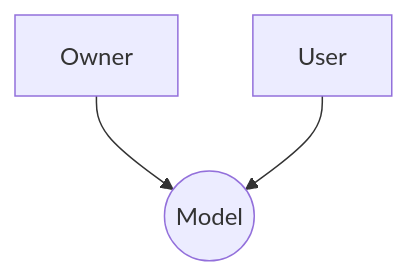
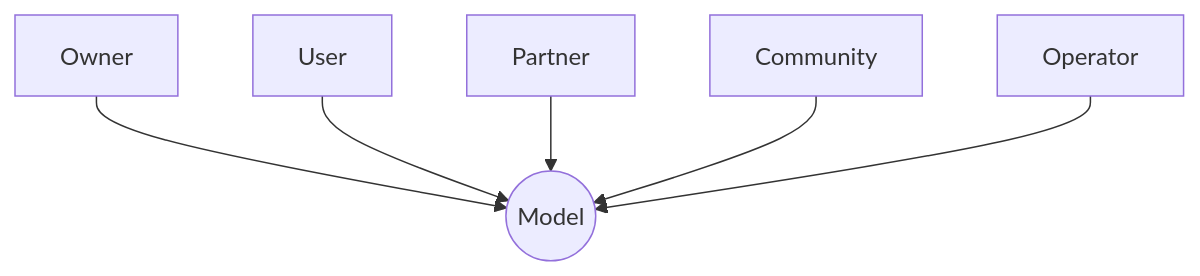
One commit to anhttmle/CAIO changed the diagram in AI-Training/SecurityInAI.md. Above: the diagram before and after it, drawn with Mermaid.

````diff
--- a/AI-Training/SecurityInAI.md
+++ b/AI-Training/SecurityInAI.md
@@ -5,9 +5,11 @@
 ```mermaid
 
   graph TD
   owner["Owner"] --> model(("Model"))
   user["User"] --> model
-  
+  partner["Partner"] --> model
+  community["Community"] --> model
+  operator["Operator"] --> model
   
 
 ```
````
